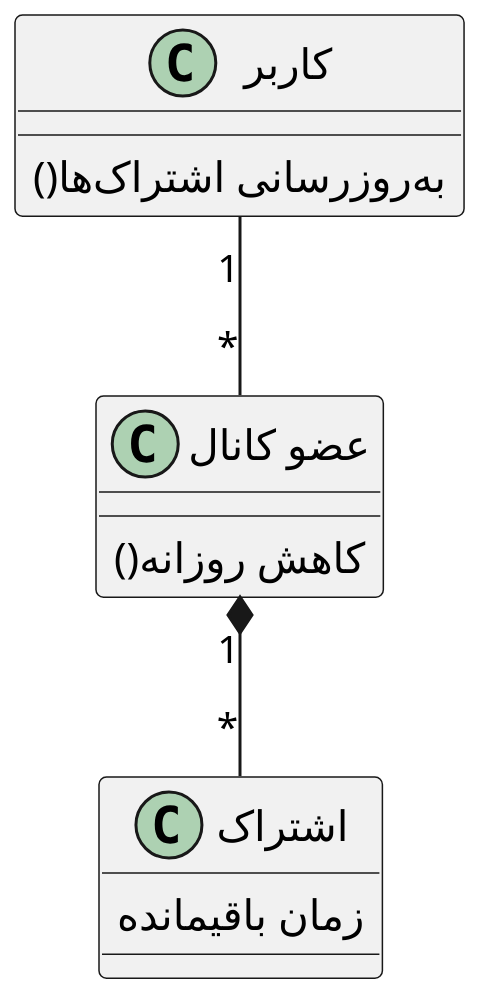
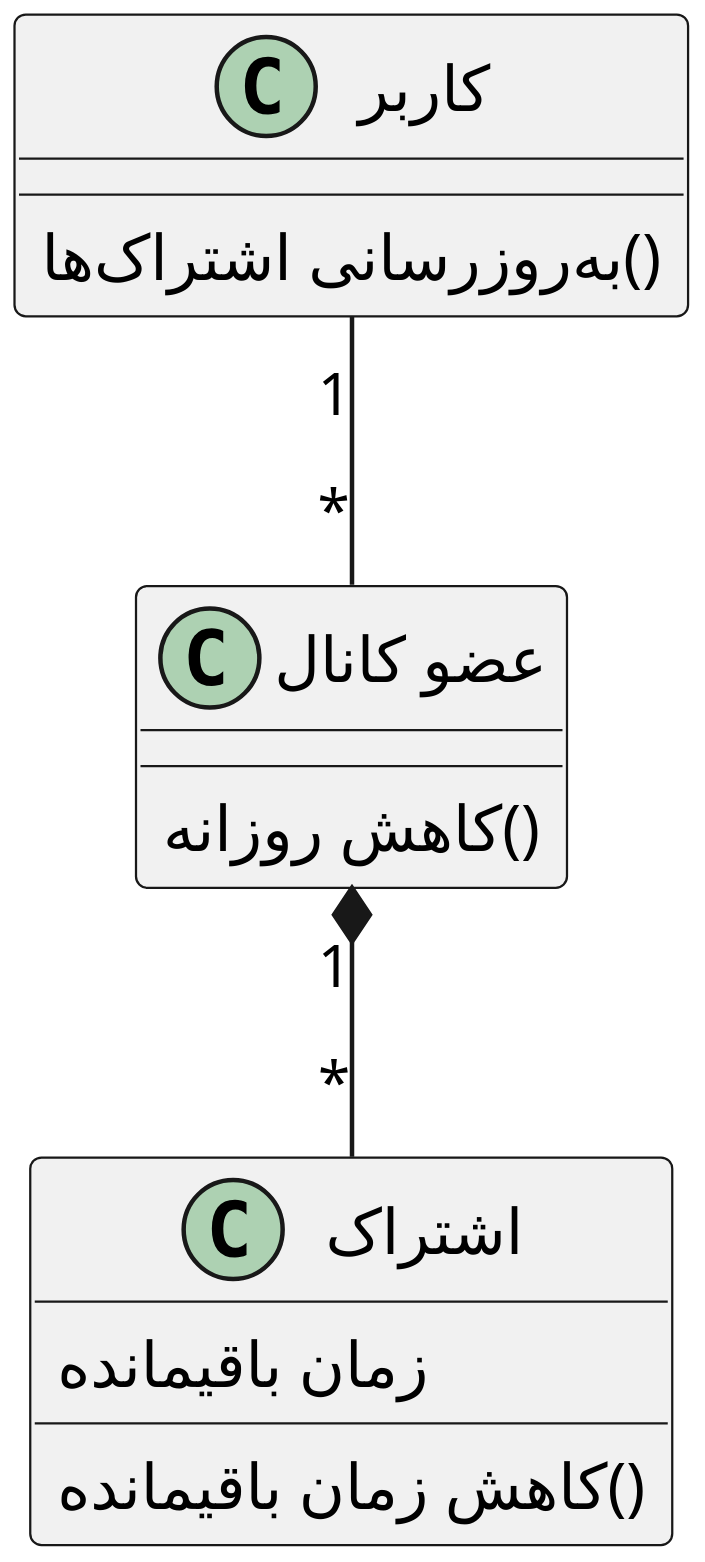
The diagram in Diagrams/Class/UpdateSubscriptionTime.puml (soleyman79/Qasedak), drawn with PlantUML before and after one commit. The commit also changed 1 other file, not shown here.

```diff
--- a/Diagrams/Class/UpdateSubscriptionTime.puml
+++ b/Diagrams/Class/UpdateSubscriptionTime.puml
@@ -1,22 +1,23 @@
 @startuml update_subscription_time
 
-scale 2
+scale 3
 skinparam DefaultFontName B Nazanin
 skinparam ArrowMessageAlignment right
 
 class "کاربر" as user {
-    ()به‌روزرسانی اشتراک‌ها
+    به‌روزرسانی اشتراک‌ها()
 }
 
 class "عضو کانال" as member {
-    ()کاهش روزانه
+    کاهش روزانه()
 }
 
 class "اشتراک" as subscription {
     زمان باقیمانده
+    کاهش زمان باقیمانده()
 }
 
 user "1" -- "*" member
 member "1" *-- "*" subscription
 
 @enduml
```
